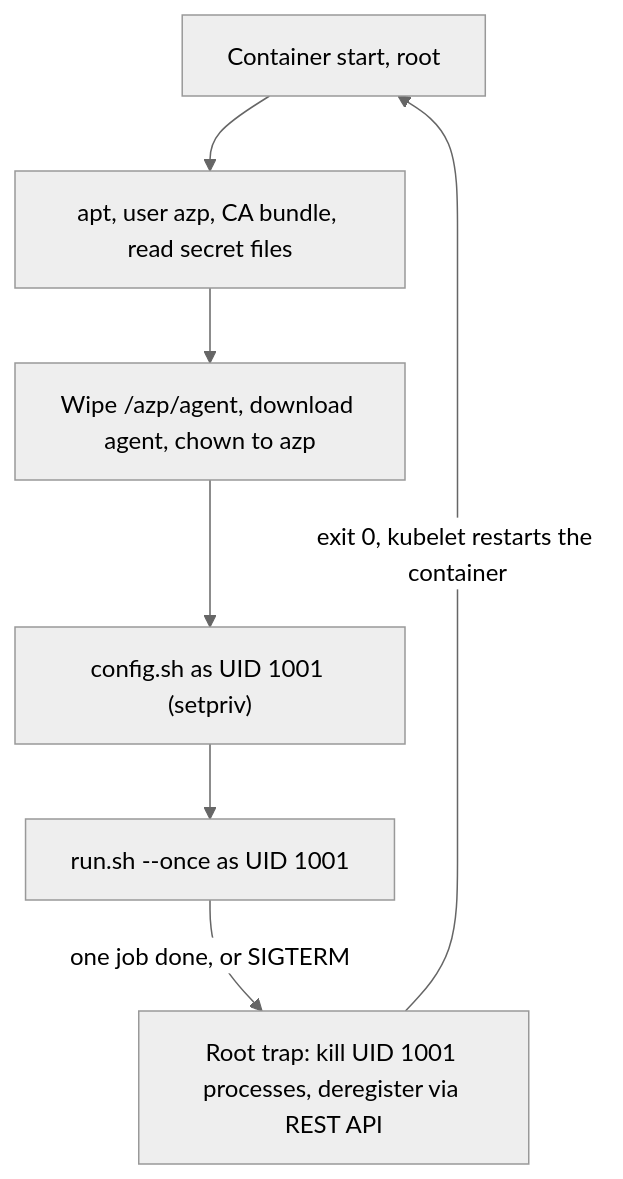
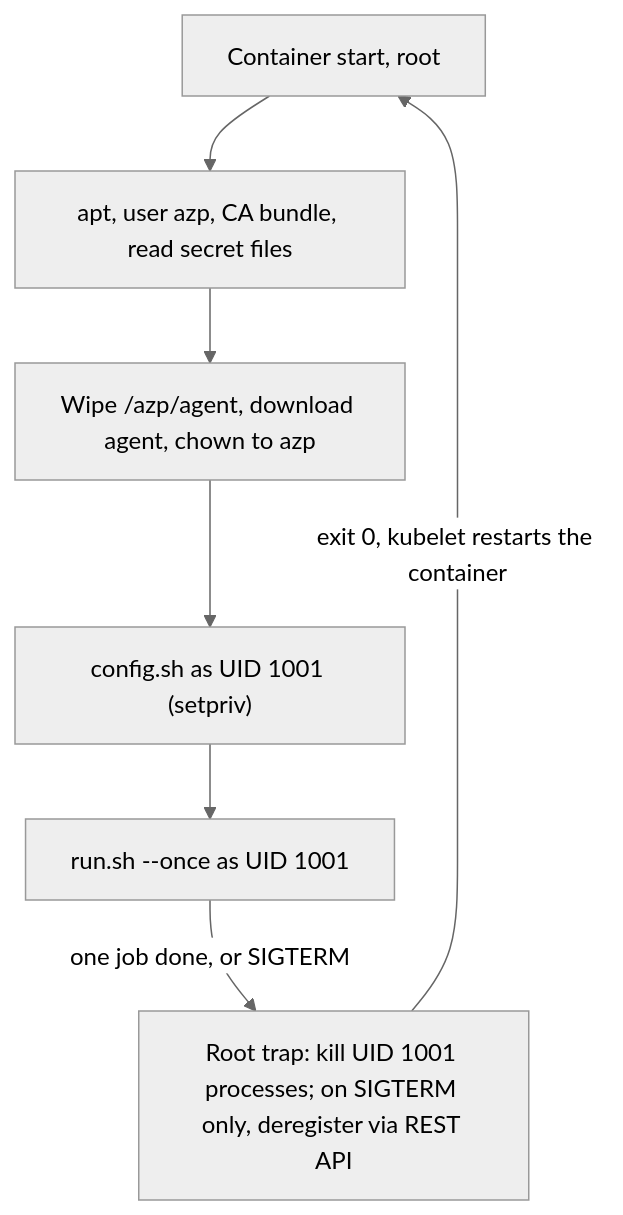
The first of 2 diagrams in lab/azdo-agent/README.md (glimpsovstar/tfc-workflow-azdo), drawn with Mermaid (neutral theme) before and after one commit. The commit also changed other lines of this file and 9 other files, not shown here.

Commit message:
Lab run findings: keep the agent registered between one-job runs (an empty pool fails queued jobs at once), deregister only on pod stop; branch control must allow the template repo's release tags; lab consumer for the end-to-end test

````diff
--- a/lab/azdo-agent/README.md
+++ b/lab/azdo-agent/README.md
@@ -79,9 +79,9 @@
 ```mermaid
 flowchart TD
   start["Container start, root"] --> setup["apt, user azp, CA bundle, read secret files"]
   setup --> wipe["Wipe /azp/agent, download agent, chown to azp"]
   wipe --> config["config.sh as UID 1001 (setpriv)"]
   config --> run["run.sh --once as UID 1001"]
-  run -->|"one job done, or SIGTERM"| cleanup["Root trap: kill UID 1001 processes, deregister via REST API"]
+  run -->|"one job done, or SIGTERM"| cleanup["Root trap: kill UID 1001 processes; on SIGTERM only, deregister via REST API"]
   cleanup -->|"exit 0, kubelet restarts the container"| start
 ```
````
